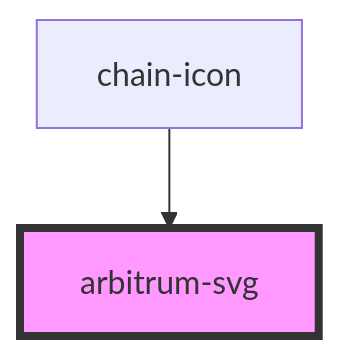
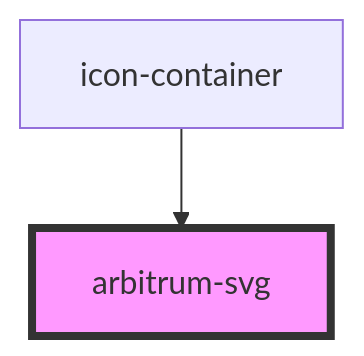
One commit to PactsTech/pacts-components changed the diagram in packages/stencil-components/src/components/arbitrum-svg/readme.md. Above: the diagram before and after it, drawn with Mermaid. The commit also changed other lines of this file and 26 other files, not shown here.

Commit message:
feat: add icon container and row components

````diff
--- a/packages/stencil-components/src/components/arbitrum-svg/readme.md
+++ b/packages/stencil-components/src/components/arbitrum-svg/readme.md
@@ -15,5 +15,5 @@
 ```mermaid
 graph TD;
-  chain-icon --> arbitrum-svg
+  icon-container --> arbitrum-svg
   style arbitrum-svg fill:#f9f,stroke:#333,stroke-width:4px
 ```
````
